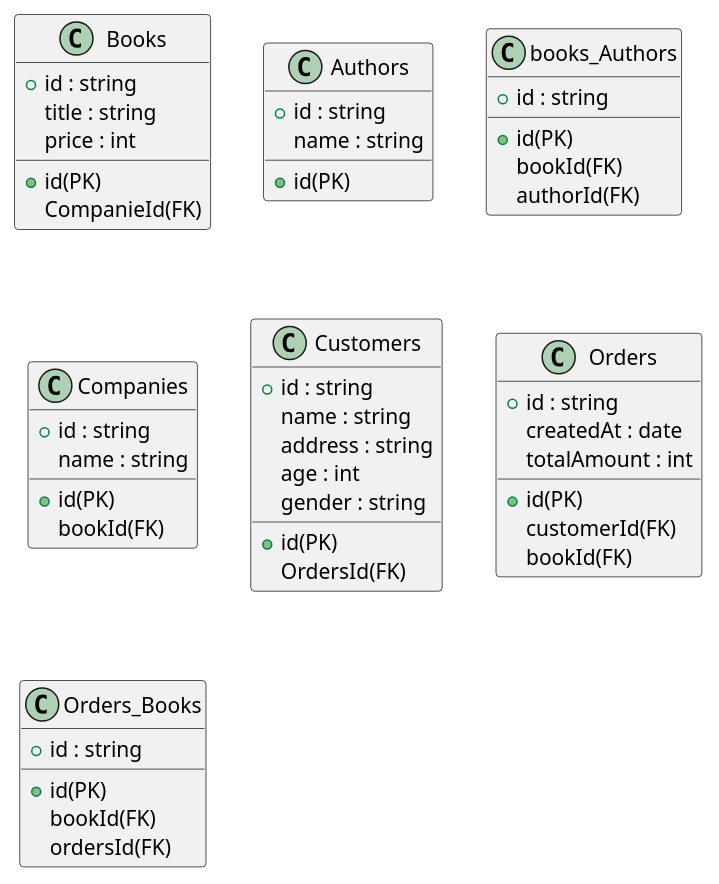
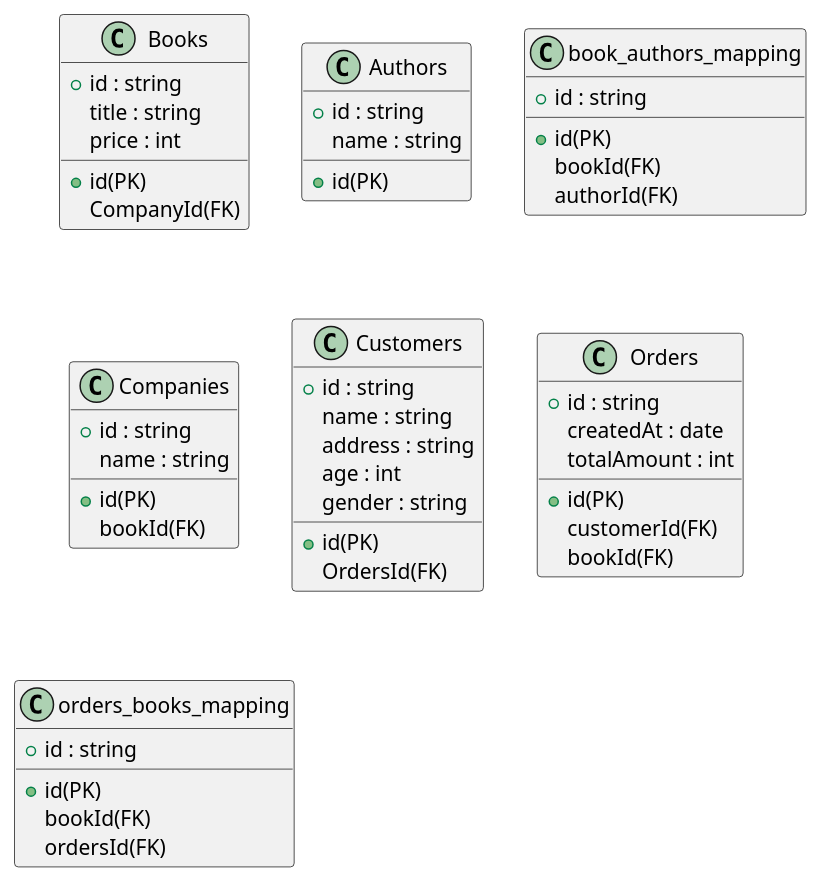
One commit to elabo-M0458/DB changed the diagram in tables.pu. Above: the diagram before and after it, drawn with PlantUML. The commit also changed 1 other file, not shown here.

```diff
--- a/tables.pu
+++ b/tables.pu
@@ -1,63 +1,63 @@
 @startuml
 class Books {
     +id : string
     title : string
     price : int
 }
 
 Books : +id(PK)
-Books : CompanieId(FK)
+Books : CompanyId(FK)
 
 class Authors {
     +id : string
     name : string
 }
 
 Authors : +id(PK)
 
-class books_Authors{
+class book_authors_mapping{
     +id : string
 }
 
-books_Authors : +id(PK)
-books_Authors : bookId(FK)
-books_Authors : authorId(FK)
+book_authors_mapping : +id(PK)
+book_authors_mapping : bookId(FK)
+book_authors_mapping : authorId(FK)
 
 class Companies{
     +id : string
     name : string
 }
 
 Companies : +id(PK)
 Companies : bookId(FK)
 
 class Customers{
     +id : string
     name : string
     address : string
     age : int
     gender : string 
 }
 
 Customers : +id(PK)
 Customers : OrdersId(FK)
 
 class Orders{
     +id : string
     createdAt : date
     totalAmount : int 
 }
 
 Orders : +id(PK)
 Orders : customerId(FK)
 Orders : bookId(FK)
 
-class Orders_Books{
+class orders_books_mapping{
     +id : string
 }
 
-Orders_Books : +id(PK)
-Orders_Books : bookId(FK)
-Orders_Books : ordersId(FK)
+orders_books_mapping : +id(PK)
+orders_books_mapping : bookId(FK)
+orders_books_mapping : ordersId(FK)
 
 @enduml
```
